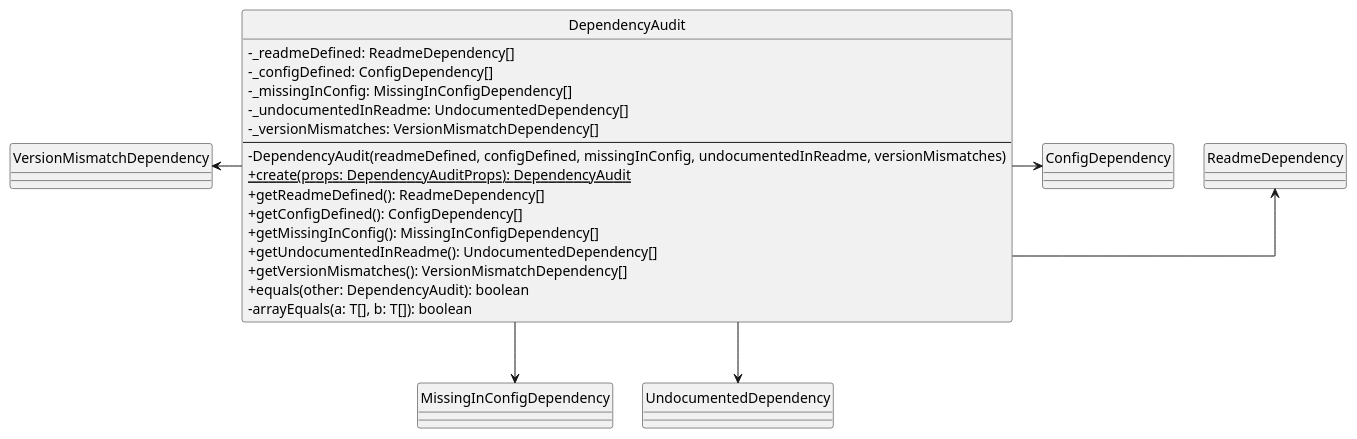
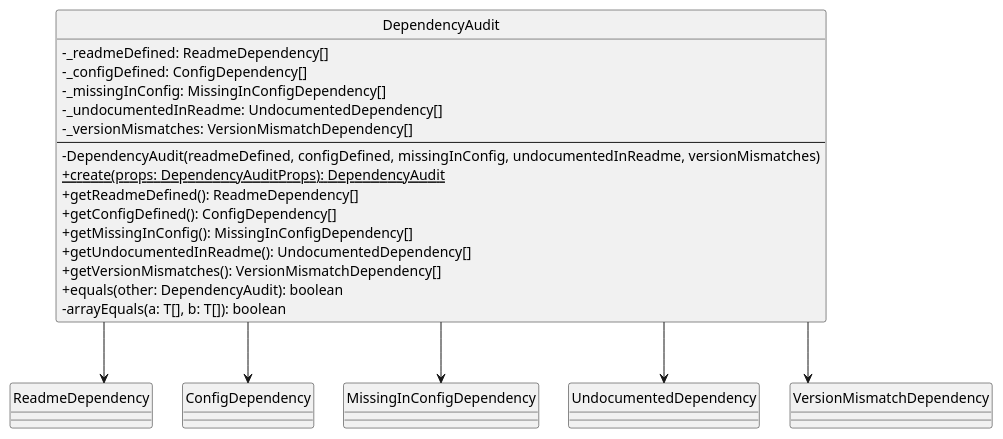
Before and after one commit to SkarabGroup/DocumentazioneProgetto: the diagram in assets/st_diagrams/code/plantuml/analysis/domain/valueObjects/dependencyAudit.vo.plantuml, drawn with PlantUML. The commit also changed 30 other files, not shown here.

```diff
--- a/assets/st_diagrams/code/plantuml/analysis/domain/valueObjects/dependencyAudit.vo.plantuml
+++ b/assets/st_diagrams/code/plantuml/analysis/domain/valueObjects/dependencyAudit.vo.plantuml
@@ -1,32 +1,32 @@
 @startuml DependencyAudit
 skinparam componentStyle uml2.5
 skinparam linetype ortho
 skinparam nodesep 30
 skinparam ranksep 30
 skinparam ClassAttributeIconSize 0
 hide circles
 
 class DependencyAudit {
     - _readmeDefined: ReadmeDependency[]
     - _configDefined: ConfigDependency[]
     - _missingInConfig: MissingInConfigDependency[]
     - _undocumentedInReadme: UndocumentedDependency[]
     - _versionMismatches: VersionMismatchDependency[]
     ---
     - DependencyAudit(readmeDefined, configDefined, missingInConfig, undocumentedInReadme, versionMismatches)
     + {static} create(props: DependencyAuditProps): DependencyAudit
     + getReadmeDefined(): ReadmeDependency[]
     + getConfigDefined(): ConfigDependency[]
     + getMissingInConfig(): MissingInConfigDependency[]
     + getUndocumentedInReadme(): UndocumentedDependency[]
     + getVersionMismatches(): VersionMismatchDependency[]
     + equals(other: DependencyAudit): boolean
     - arrayEquals(a: T[], b: T[]): boolean
 }
 
-DependencyAudit --right-> ReadmeDependency
-DependencyAudit --right-> ConfigDependency
+DependencyAudit --down-> ReadmeDependency
+DependencyAudit --down-> ConfigDependency
 DependencyAudit --down-> MissingInConfigDependency
 DependencyAudit --down-> UndocumentedDependency
-DependencyAudit --left-> VersionMismatchDependency
+DependencyAudit --down-> VersionMismatchDependency
 @enduml
```
